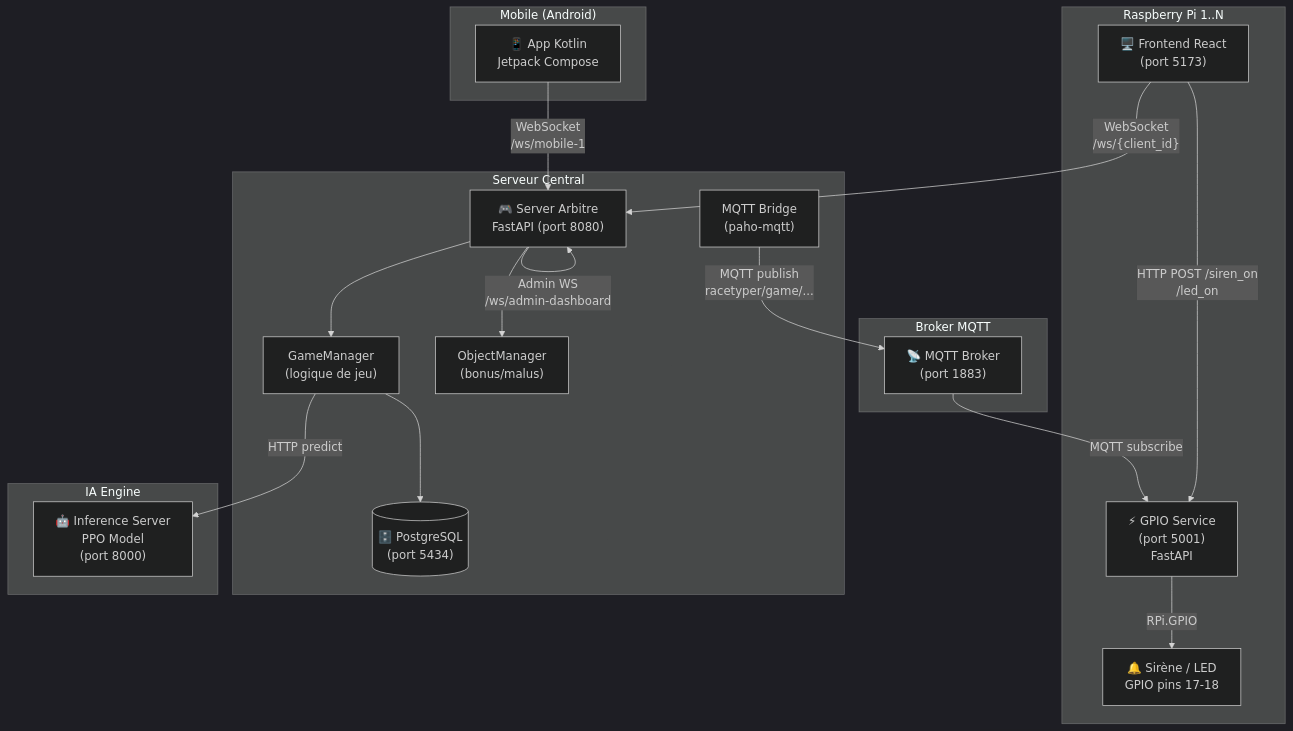
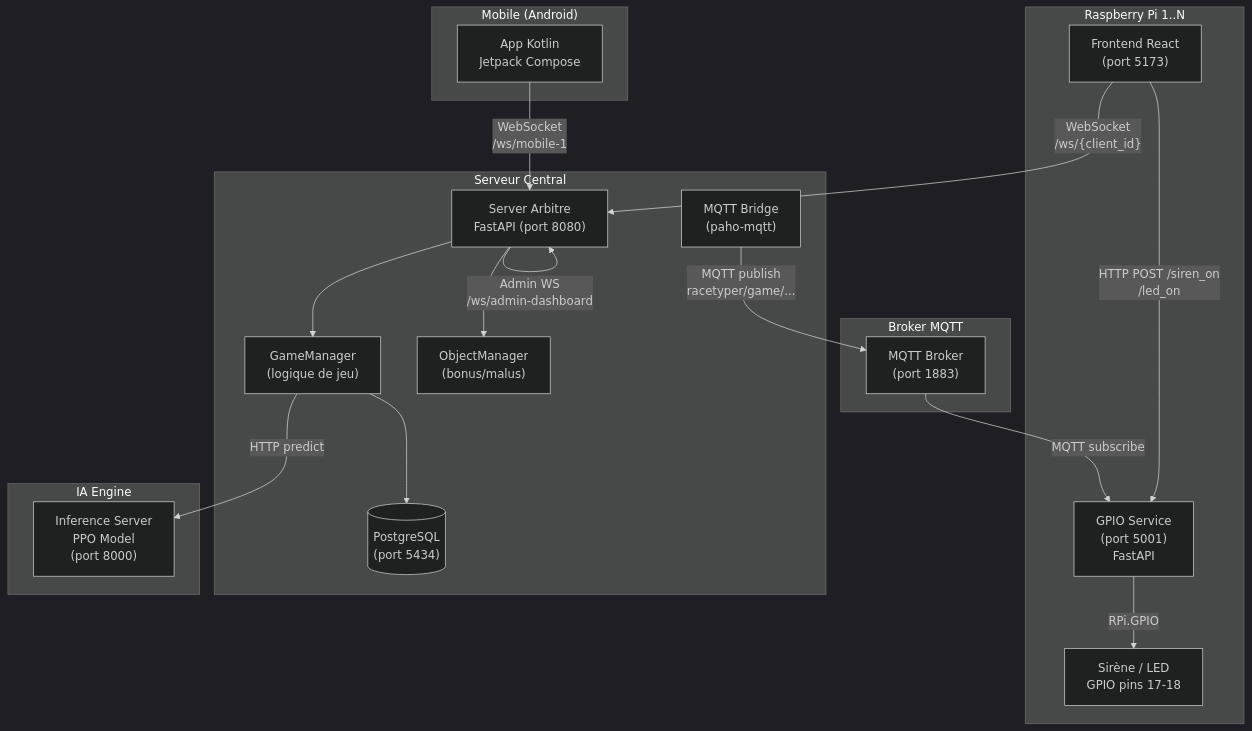
The first of 17 diagrams in ARCHITECTURE.md (EnterNAthan/RaceTyper), drawn with Mermaid (dark theme) before and after one commit. The commit also changed other lines of this file, not shown here.

````diff
--- a/ARCHITECTURE.md
+++ b/ARCHITECTURE.md
@@ -45,40 +45,40 @@
 ```mermaid
 graph TB
     subgraph "Raspberry Pi 1..N"
-        FE["🖥️ Frontend React\n(port 5173)"]
-        GPIO["⚡ GPIO Service\n(port 5001)\nFastAPI"]
-        SIREN["🔔 Sirène / LED\nGPIO pins 17-18"]
+        FE["Frontend React\n(port 5173)"]
+        GPIO["GPIO Service\n(port 5001)\nFastAPI"]
+        SIREN["Sirène / LED\nGPIO pins 17-18"]
         FE -- "HTTP POST /siren_on\n/led_on" --> GPIO
         GPIO -- "RPi.GPIO" --> SIREN
     end
 
     subgraph "Serveur Central"
-        SRV["🎮 Server Arbitre\nFastAPI (port 8080)"]
+        SRV["Server Arbitre\nFastAPI (port 8080)"]
         GM["GameManager\n(logique de jeu)"]
         OM["ObjectManager\n(bonus/malus)"]
-        DB[("🗄️ PostgreSQL\n(port 5434)")]
+        DB[("PostgreSQL\n(port 5434)")]
         MQTT_B["MQTT Bridge\n(paho-mqtt)"]
         SRV --> GM
         SRV --> OM
         GM --> DB
     end
 
     subgraph "Broker MQTT"
-        BROKER["📡 MQTT Broker\n(port 1883)"]
+        BROKER["MQTT Broker\n(port 1883)"]
     end
 
     subgraph "IA Engine"
-        IA["🤖 Inference Server\nPPO Model\n(port 8000)"]
+        IA["Inference Server\nPPO Model\n(port 8000)"]
     end
 
     subgraph "Mobile (Android)"
-        APP["📱 App Kotlin\nJetpack Compose"]
+        APP["App Kotlin\nJetpack Compose"]
     end
 
     FE -- "WebSocket\n/ws/{client_id}" --> SRV
     APP -- "WebSocket\n/ws/mobile-1" --> SRV
     MQTT_B -- "MQTT publish\nracetyper/game/..." --> BROKER
     BROKER -- "MQTT subscribe" --> GPIO
     GM -- "HTTP predict" --> IA
     SRV -- "Admin WS\n/ws/admin-dashboard" --> SRV
 ```
````
